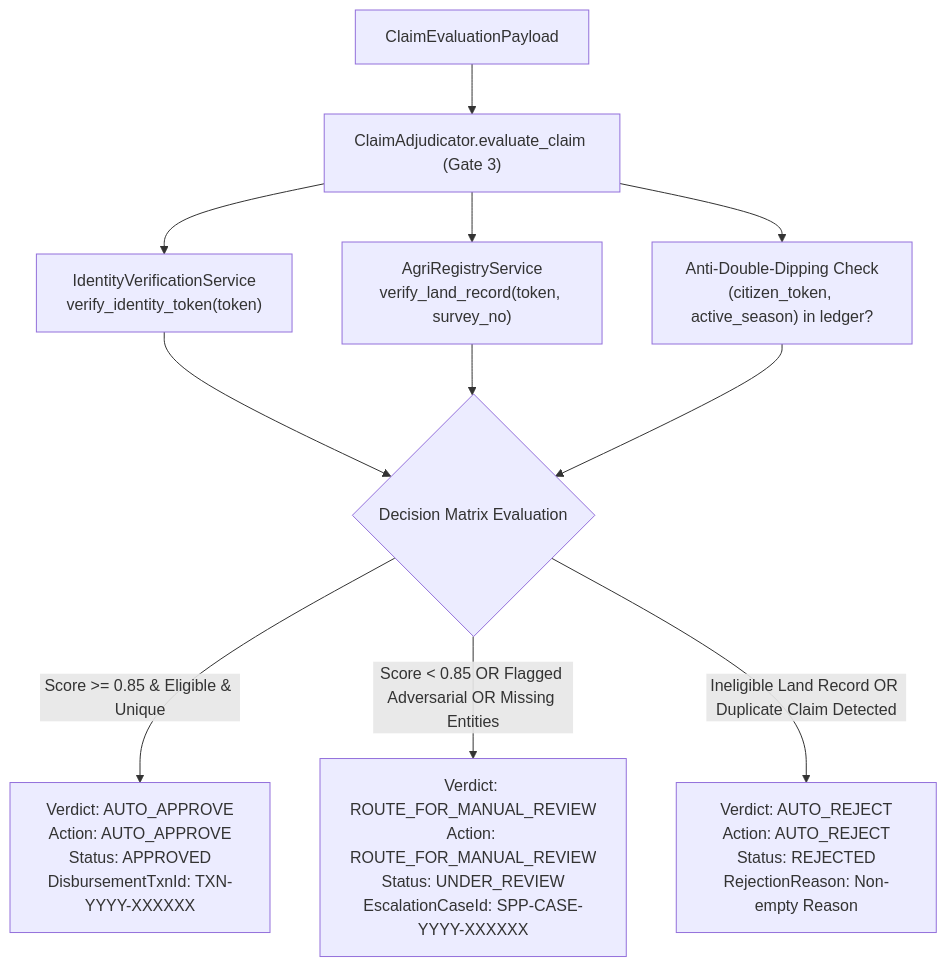
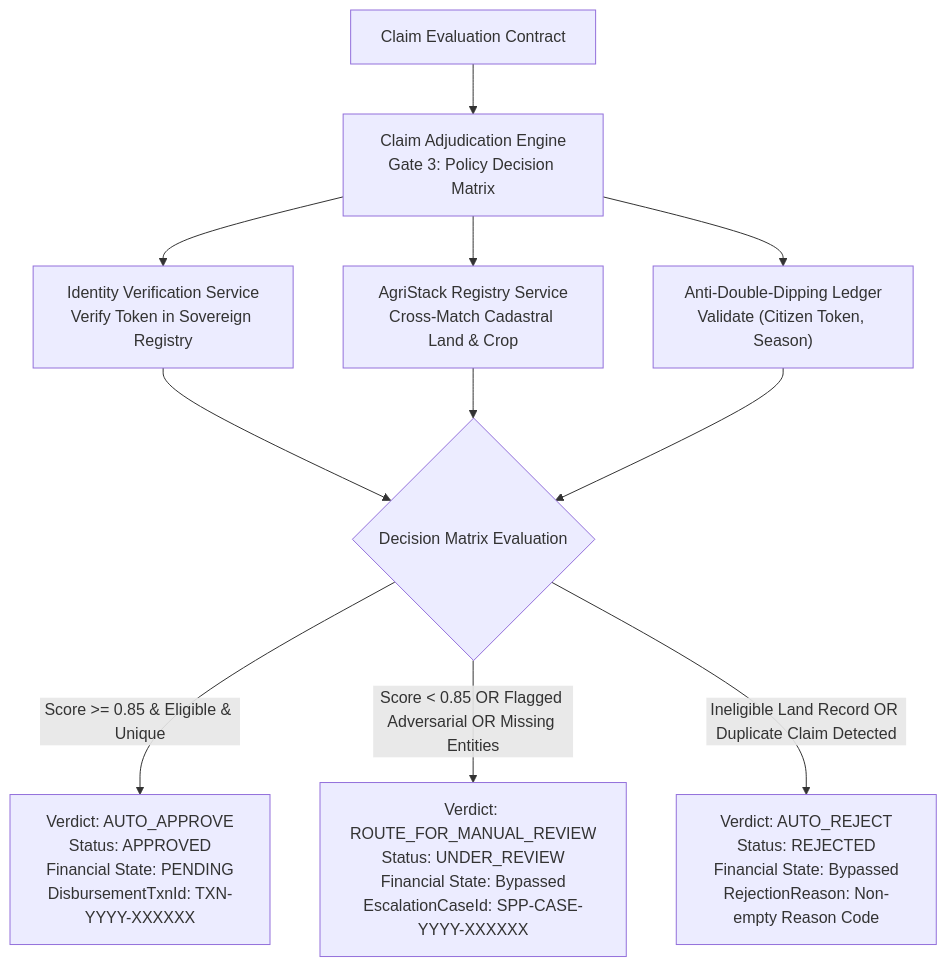
One commit to gargmishu/agristack-dbt-core changed the fifth of 6 diagrams in docs/end_to_end_code_flow.md. Above: the diagram before and after it, drawn with Mermaid. The commit also changed other lines of this file and 11 other files, not shown here.

````diff
--- a/docs/end_to_end_code_flow.md
+++ b/docs/end_to_end_code_flow.md
@@ -178,16 +178,16 @@
 ```mermaid
 flowchart TD
-    AA["ClaimEvaluationPayload"] --> AE["ClaimAdjudicator.evaluate_claim (Gate 3)"]
+    AA["Claim Evaluation Contract"] --> AE["Claim Adjudication Engine<br/>Gate 3: Policy Decision Matrix"]
     
-    AE --> AF["IdentityVerificationService<br/>verify_identity_token(token)"]
-    AE --> AG["AgriRegistryService<br/>verify_land_record(token, survey_no)"]
-    AE --> AH["Anti-Double-Dipping Check<br/>(citizen_token, active_season) in ledger?"]
+    AE --> AF["Identity Verification Service<br/>Verify Token in Sovereign Registry"]
+    AE --> AG["AgriStack Registry Service<br/>Cross-Match Cadastral Land & Crop"]
+    AE --> AH["Anti-Double-Dipping Ledger<br/>Validate (Citizen Token, Season)"]
     
     AF & AG & AH --> AI{"Decision Matrix Evaluation"}
     
-    AI -- "Score >= 0.85 & Eligible & Unique" --> AJ["Verdict: AUTO_APPROVE<br/>Action: AUTO_APPROVE<br/>Status: APPROVED<br/>DisbursementTxnId: TXN-YYYY-XXXXXX"]
+    AI -- "Score >= 0.85 & Eligible & Unique" --> AJ["Verdict: AUTO_APPROVE<br/>Status: APPROVED<br/>Financial State: PENDING<br/>DisbursementTxnId: TXN-YYYY-XXXXXX"]
     
-    AI -- "Score < 0.85 OR Flagged Adversarial OR Missing Entities" --> AK["Verdict: ROUTE_FOR_MANUAL_REVIEW<br/>Action: ROUTE_FOR_MANUAL_REVIEW<br/>Status: UNDER_REVIEW<br/>EscalationCaseId: SPP-CASE-YYYY-XXXXXX"]
+    AI -- "Score < 0.85 OR Flagged Adversarial OR Missing Entities" --> AK["Verdict: ROUTE_FOR_MANUAL_REVIEW<br/>Status: UNDER_REVIEW<br/>Financial State: Bypassed<br/>EscalationCaseId: SPP-CASE-YYYY-XXXXXX"]
     
-    AI -- "Ineligible Land Record OR Duplicate Claim Detected" --> AL["Verdict: AUTO_REJECT<br/>Action: AUTO_REJECT<br/>Status: REJECTED<br/>RejectionReason: Non-empty Reason"]
+    AI -- "Ineligible Land Record OR Duplicate Claim Detected" --> AL["Verdict: AUTO_REJECT<br/>Status: REJECTED<br/>Financial State: Bypassed<br/>RejectionReason: Non-empty Reason Code"]
 ```
````
